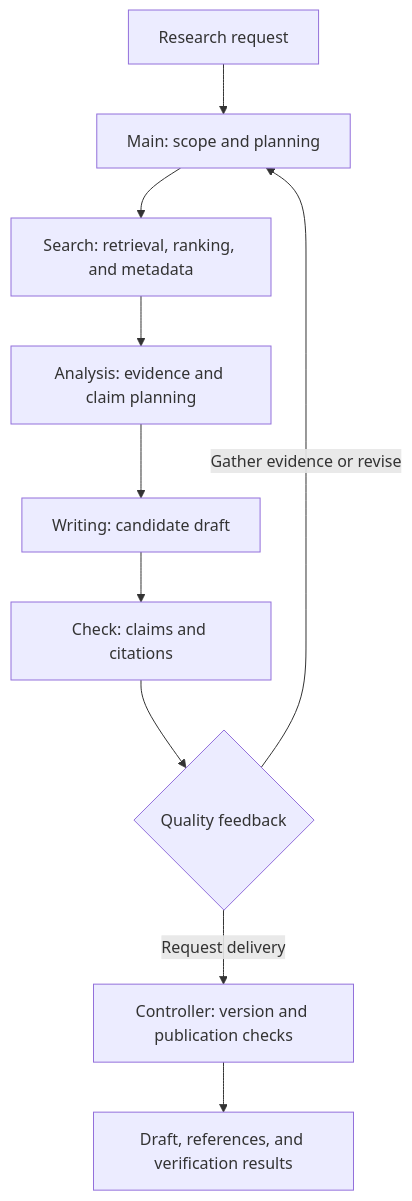
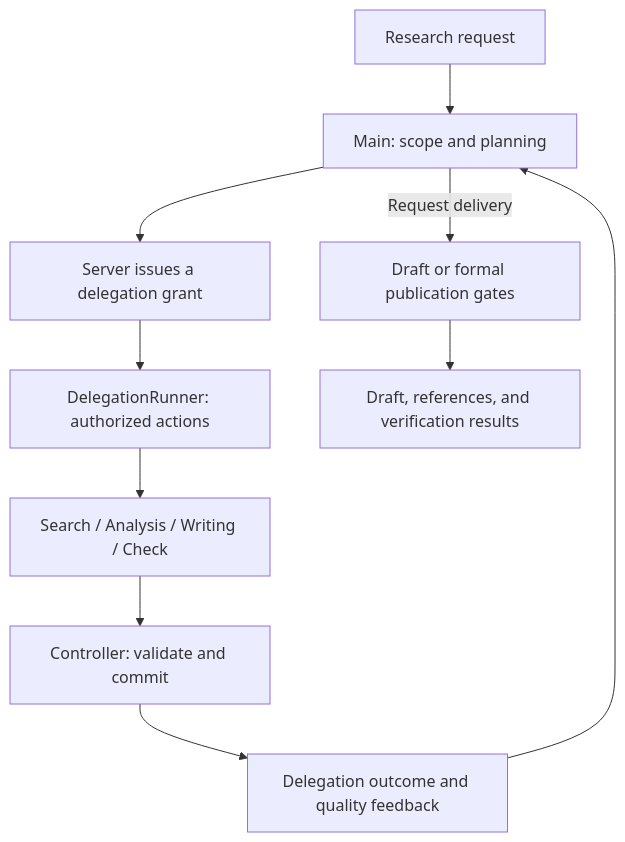
Before and after one commit to Pryer/ResearchReview-Agent: the diagram in README.en.md, drawn with Mermaid. The commit also changed other lines of this file and 181 other files, not shown here.

````diff
--- a/README.en.md
+++ b/README.en.md
@@ -143,12 +143,12 @@
 ```mermaid
 flowchart TD
     U[Research request] --> M[Main: scope and planning]
-    M --> S[Search: retrieval, ranking, and metadata]
-    S --> A[Analysis: evidence and claim planning]
-    A --> W[Writing: candidate draft]
-    W --> C[Check: claims and citations]
-    C --> F{Quality feedback}
-    F -->|Gather evidence or revise| M
-    F -->|Request delivery| D[Controller: version and publication checks]
+    M --> G[Server issues a delegation grant]
+    G --> R[DelegationRunner: authorized actions]
+    R --> S[Search / Analysis / Writing / Check]
+    S --> C[Controller: validate and commit]
+    C --> F[Delegation outcome and quality feedback]
+    F --> M
+    M -->|Request delivery| D[Draft or formal publication gates]
     D --> O[Draft, references, and verification results]
 ```
````
